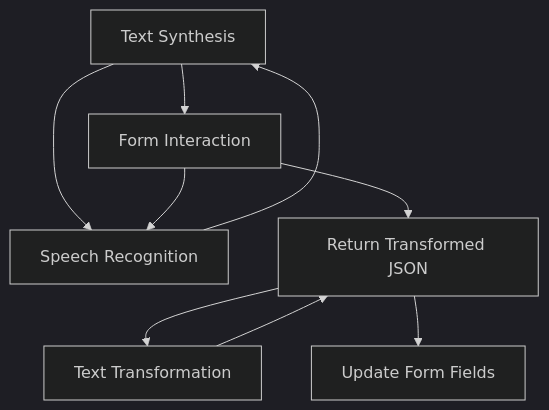
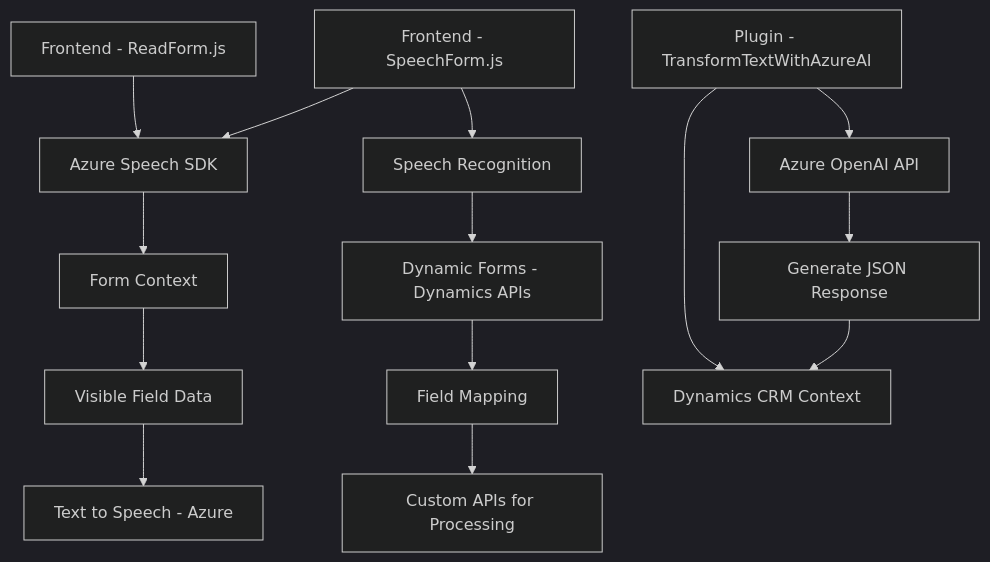
Before and after one commit to blopezdm/NETCORE_BILBAO2025: the diagram in README.md, drawn with Mermaid (dark theme). The commit also changed other lines of this file, not shown here.

````diff
--- a/README.md
+++ b/README.md
@@ -44,18 +55,18 @@
 ```mermaid
 graph TD
-    A["Frontend - User Interaction"]
-    B["Azure Speech SDK"]
-    C["Dynamics 365 JS API"]
-    D["Backend Plugin (C#)"]
-    E["Azure OpenAI GPT-4"]
-    F["Dynamics 365 Form Data"]
-    
-    A --> B["Speech Recognition"]
-    A --> C["Form Interaction"]
-    B --> A["Text Synthesis"]
-    C --> B
-    C --> D["Call Plugin"]
-    D --> E["Text Transformation"]
-    E --> D["Return Transformed JSON"]
-    D --> F["Update Form Fields"]
+    A["Frontend - ReadForm.js"] --> B["Azure Speech SDK"]
+    B --> C["Form Context"]
+    C --> D["Visible Field Data"]
+    D --> E["Text to Speech - Azure"]
+
+    F["Frontend - SpeechForm.js"] --> B
+    F --> G["Speech Recognition"]
+    G --> H["Dynamic Forms - Dynamics APIs"]
+    H --> I["Field Mapping"]
+    I --> J["Custom APIs for Processing"]
+
+    K["Plugin - TransformTextWithAzureAI"] --> L["Dynamics CRM Context"]
+    K --> M["Azure OpenAI API"]
+    M --> N["Generate JSON Response"]
+    N --> L
 ```
````
